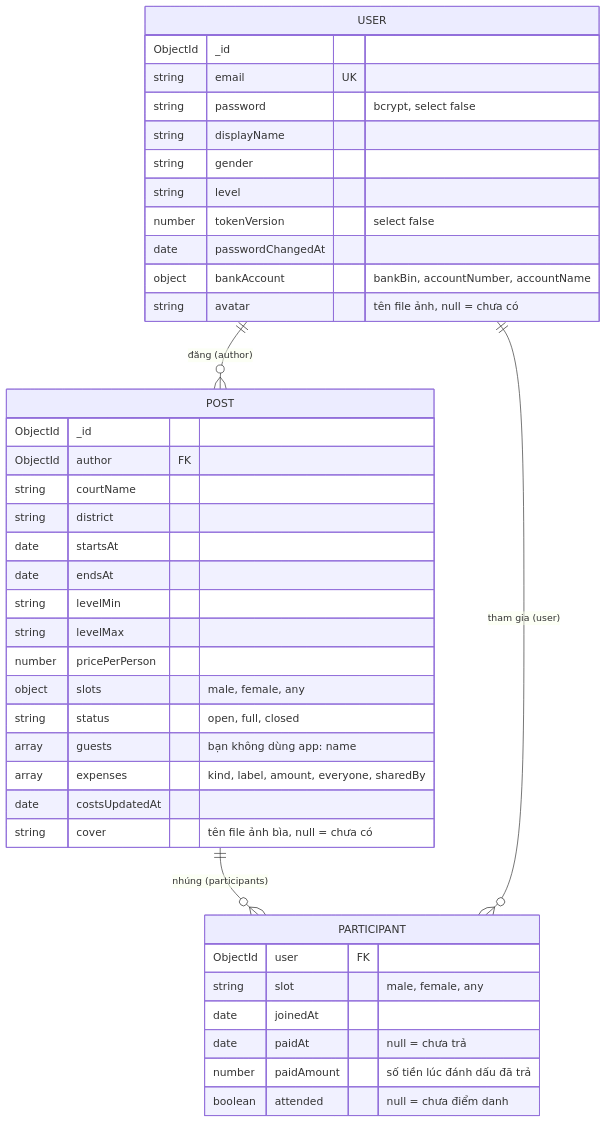
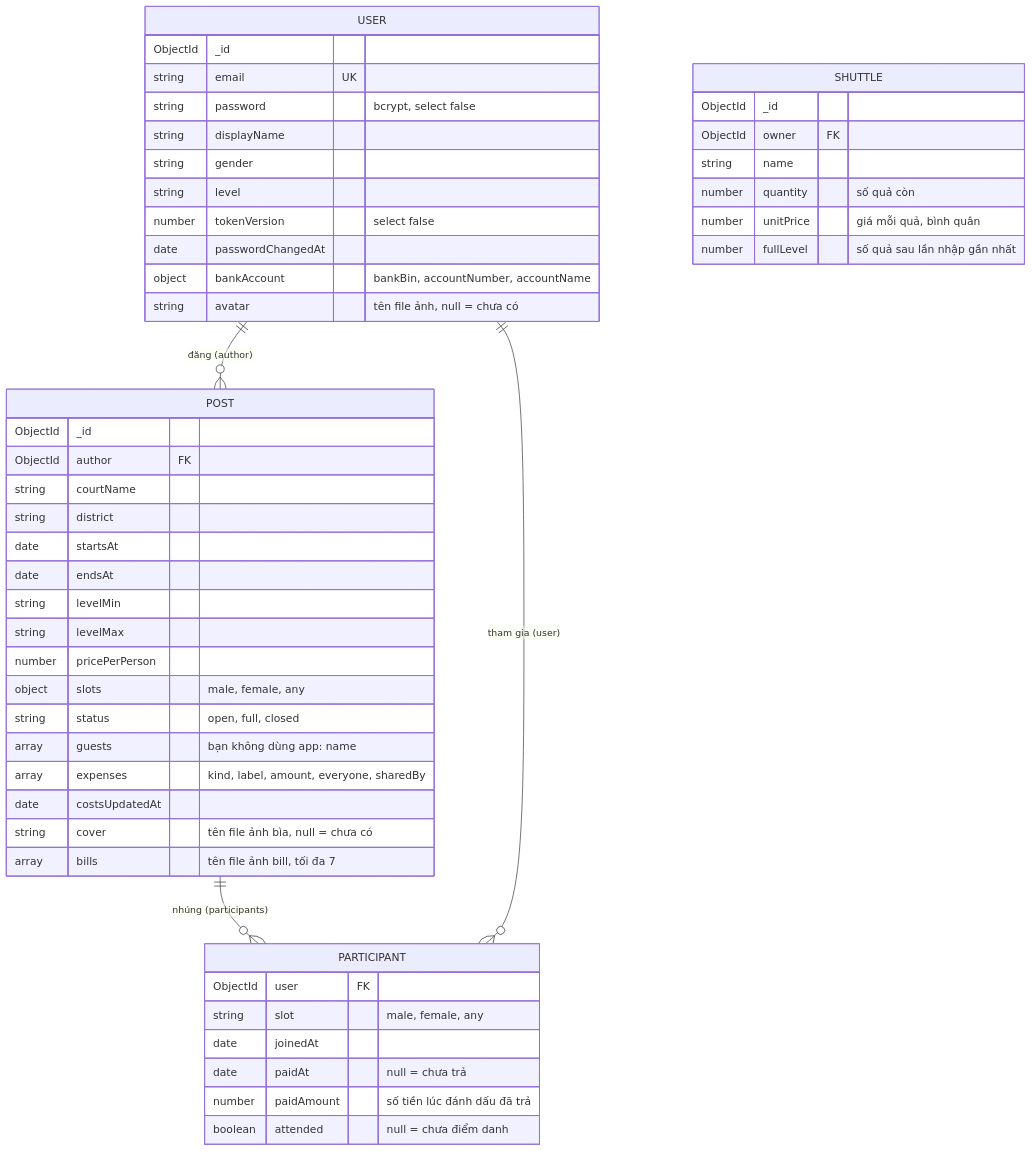
Before and after one commit to DucManh300905/Badminton-Matching: the diagram in docs/database.md, drawn with Mermaid. The commit also changed other lines of this file and 40 other files, not shown here.

````diff
--- a/docs/database.md
+++ b/docs/database.md
@@ -21,44 +21,53 @@
 ```mermaid
 erDiagram
     USER ||--o{ POST : "đăng (author)"
     POST ||--o{ PARTICIPANT : "nhúng (participants)"
     USER ||--o{ PARTICIPANT : "tham gia (user)"
 
     USER {
         ObjectId _id
         string email UK
         string password "bcrypt, select false"
         string displayName
         string gender
         string level
         number tokenVersion "select false"
         date passwordChangedAt
         object bankAccount "bankBin, accountNumber, accountName"
         string avatar "tên file ảnh, null = chưa có"
     }
     POST {
         ObjectId _id
         ObjectId author FK
         string courtName
         string district
         date startsAt
         date endsAt
         string levelMin
         string levelMax
         number pricePerPerson
         object slots "male, female, any"
         string status "open, full, closed"
         array guests "bạn không dùng app: name"
         array expenses "kind, label, amount, everyone, sharedBy"
         date costsUpdatedAt
         string cover "tên file ảnh bìa, null = chưa có"
+        array bills "tên file ảnh bill, tối đa 7"
+    }
+    SHUTTLE {
+        ObjectId _id
+        ObjectId owner FK
+        string name
+        number quantity "số quả còn"
+        number unitPrice "giá mỗi quả, bình quân"
+        number fullLevel "số quả sau lần nhập gần nhất"
     }
     PARTICIPANT {
         ObjectId user FK
         string slot "male, female, any"
         date joinedAt
         date paidAt "null = chưa trả"
         number paidAmount "số tiền lúc đánh dấu đã trả"
         boolean attended "null = chưa điểm danh"
     }
 ```
````
